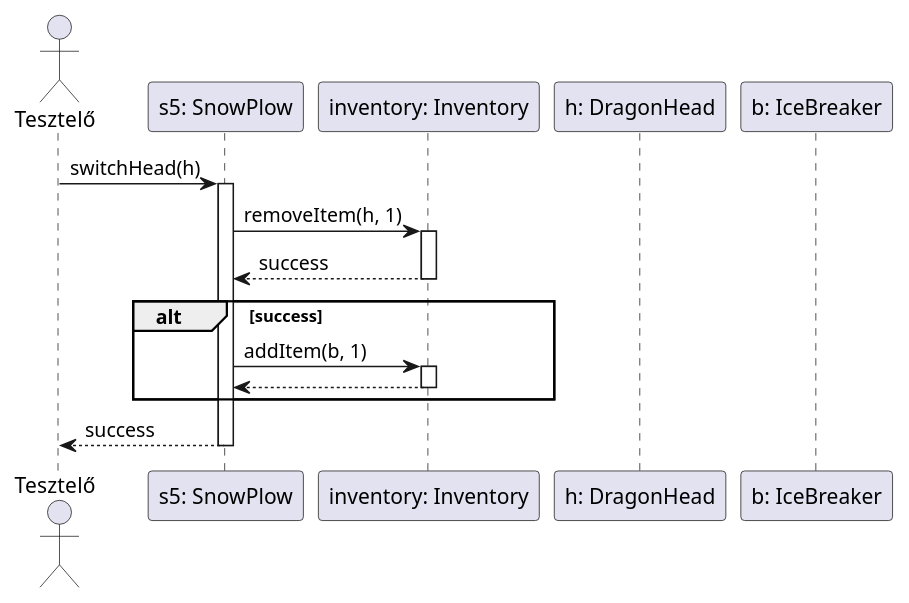
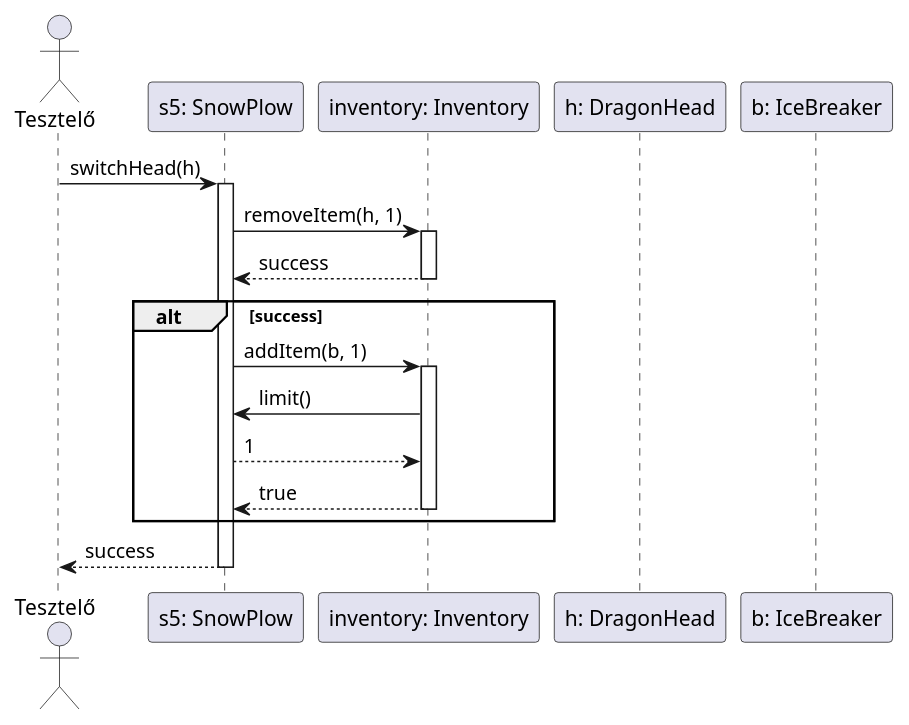
Before and after one commit to uhrinandor/spring: the diagram in docs/skeleton-v2/snowplow/SwitchHead.plantuml, drawn with PlantUML. The commit also changed 7 other files, not shown here.

```diff
--- a/docs/skeleton-v2/snowplow/SwitchHead.plantuml
+++ b/docs/skeleton-v2/snowplow/SwitchHead.plantuml
@@ -1,24 +1,26 @@
 @startuml switchhead
 actor "Tesztelő" as tester
 participant "s5: SnowPlow" as sp
 participant "inventory: Inventory" as inventory
 participant "h: DragonHead" as head
 participant "b: IceBreaker" as currentHead
 
 tester -> sp: switchHead(h)
 activate sp
 sp -> inventory: removeItem(h, 1)
 activate inventory
 'Skeleton.askInt("Hány elem van az inventory-ban?")
 inventory --> sp: success
 deactivate inventory
 alt success
 sp -> inventory: addItem(b, 1)
 activate inventory
-inventory --> sp:
+inventory -> sp: limit()
+sp --> inventory: 1
+inventory --> sp: true
 deactivate inventory
 end
 sp --> tester: success
 deactivate sp
 
 @enduml
```
